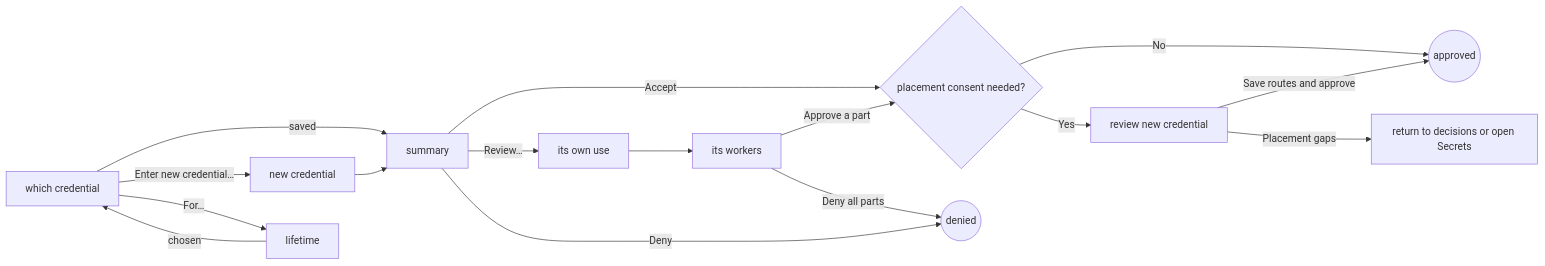
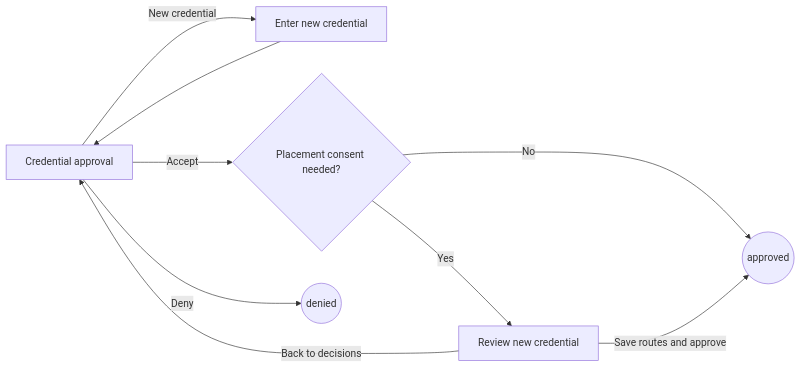
The fourth of 4 diagrams in cli/internal/tui/DESIGN.md (discobox-ai/discobox), drawn with Mermaid before and after one commit. The commit also changed other lines of this file and 9 other files, not shown here.

Commit message:
feat(tui): complete one-screen credential approval

````diff
--- a/cli/internal/tui/DESIGN.md
+++ b/cli/internal/tui/DESIGN.md
@@ -581,14 +580,10 @@
 ```mermaid
 flowchart LR
-  C[which credential] -->|saved| S[summary]
-  C -->|Enter new credential…| N[new credential] --> S
-  C -->|For…| T[lifetime] -->|chosen| C
-  S -->|Accept| D{placement consent needed?}
-  S -->|Review…| U[its own use] --> W[its workers] -->|Approve a part| D
-  S -->|Deny| X((denied))
-  W -->|Deny all parts| X
+  C[Credential approval] -->|New credential| N[Enter new credential] --> C
+  C -->|Accept| D{Placement consent needed?}
+  C -->|Deny| X((denied))
   D -->|No| A((approved))
-  D -->|Yes| P[review new credential]
+  D -->|Yes| P[Review new credential]
   P -->|Save routes and approve| A
-  P -->|Placement gaps| F[return to decisions or open Secrets]
+  P -->|Back to decisions| C
 ```
````
